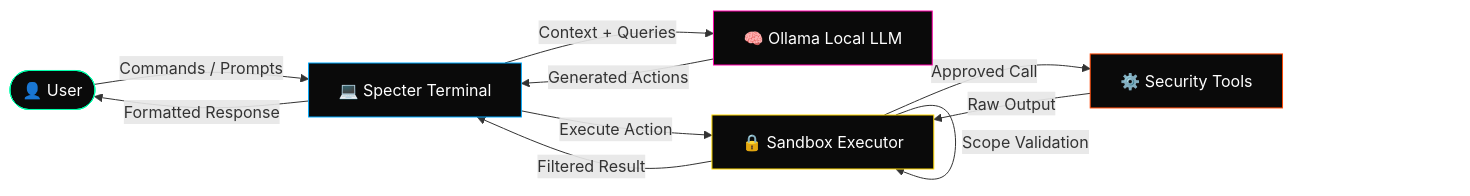
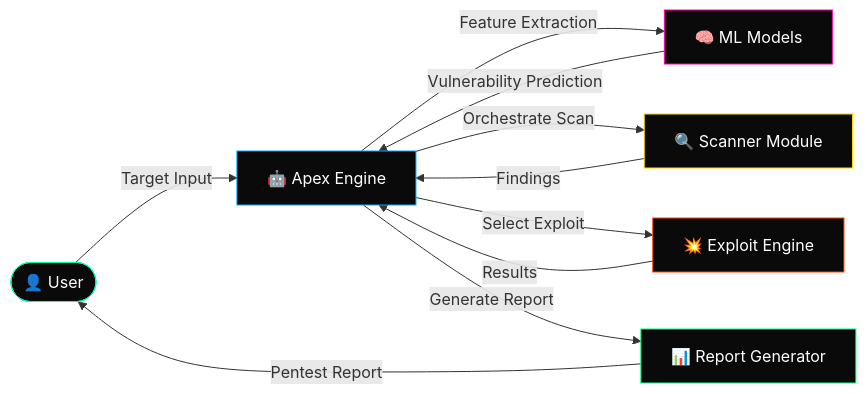
Before and after one commit to Ruby570bocadito/Apex-Automation: the diagram in README.md, drawn with Mermaid. The commit also changed other lines of this file, not shown here.

Commit message:
fix: replace Specter-Terminal content with Apex-Automation README

````diff
--- a/README.md
+++ b/README.md
@@ -42,24 +27,26 @@
 ```mermaid
 flowchart LR
     U(["👤 User"])
-    T["💻 Specter Terminal"]
-    L["🧠 Ollama Local LLM"]
-    S["🔒 Sandbox Executor"]
-    K["⚙️ Security Tools"]
+    A["🤖 Apex Engine"]
+    M["🧠 ML Models"]
+    S["🔍 Scanner Module"]
+    E["💥 Exploit Engine"]
+    R["📊 Report Generator"]
 
-    U -->|"Commands / Prompts"| T
-    T -->|"Context + Queries"| L
-    L -->|"Generated Actions"| T
-    T -->|"Execute Action"| S
-    S -->|"Scope Validation"| S
-    S -->|"Approved Call"| K
-    K -->|"Raw Output"| S
-    S -->|"Filtered Result"| T
-    T -->|"Formatted Response"| U
+    U -->|"Target Input"| A
+    A -->|"Feature Extraction"| M
+    M -->|"Vulnerability Prediction"| A
+    A -->|"Orchestrate Scan"| S
+    S -->|"Findings"| A
+    A -->|"Select Exploit"| E
+    E -->|"Results"| A
+    A -->|"Generate Report"| R
+    R -->|"Pentest Report"| U
 
     style U fill:#0a0a0a,stroke:#00FFAA,color:#fff
-    style T fill:#0a0a0a,stroke:#00aaff,color:#fff
-    style L fill:#0a0a0a,stroke:#FF00AA,color:#fff
+    style A fill:#0a0a0a,stroke:#00aaff,color:#fff
+    style M fill:#0a0a0a,stroke:#FF00AA,color:#fff
     style S fill:#0a0a0a,stroke:#FFD700,color:#fff
-    style K fill:#0a0a0a,stroke:#FF4500,color:#fff
+    style E fill:#0a0a0a,stroke:#FF4500,color:#fff
+    style R fill:#0a0a0a,stroke:#00FF87,color:#fff
 ```
````
